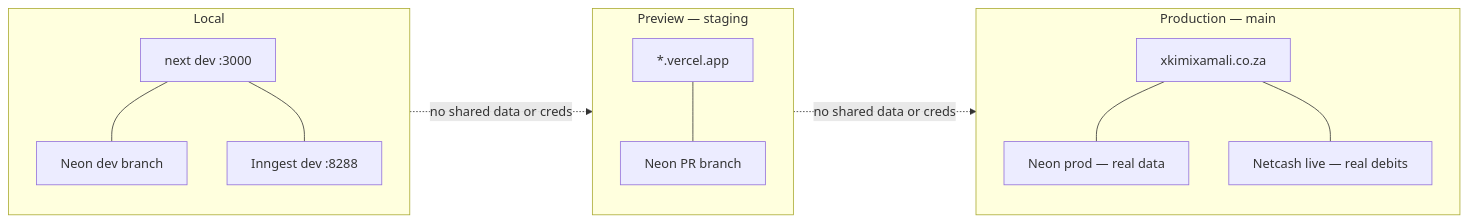
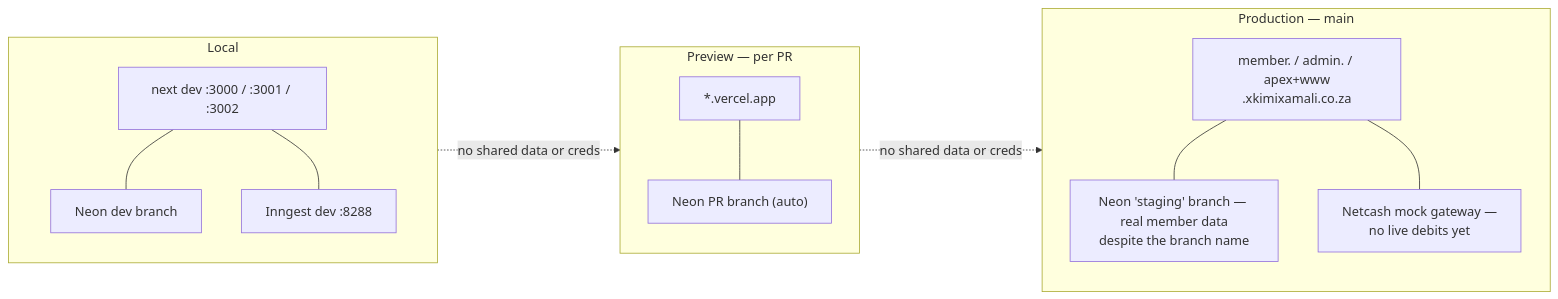
The third of 3 diagrams in docs/architecture/04-infrastructure-deployment.md (KSDRILL-SA/Xkimi-Xa-Mali), drawn with Mermaid before and after one commit. The commit also changed other lines of this file and 6 other files, not shown here.

First line of the commit message:
docs: bring architecture docs current with the real 3-app stack (#437)

````diff
--- a/docs/architecture/04-infrastructure-deployment.md
+++ b/docs/architecture/04-infrastructure-deployment.md
@@ -78,15 +105,15 @@
 ```mermaid
 flowchart LR
     subgraph L["Local"]
-        LA["next dev :3000"] --- LDB["Neon dev branch"]
+        LA["next dev :3000 / :3001 / :3002"] --- LDB["Neon dev branch"]
         LA --- LIN["Inngest dev :8288"]
     end
-    subgraph P["Preview — staging"]
-        PA["*.vercel.app"] --- PDB["Neon PR branch"]
+    subgraph P["Preview — per PR"]
+        PA["*.vercel.app"] --- PDB["Neon PR branch (auto)"]
     end
     subgraph PR["Production — main"]
-        PRA["xkimixamali.co.za"] --- PRDB["Neon prod — real data"]
-        PRA --- PRNC["Netcash live — real debits"]
+        PRA["member. / admin. / apex+www<br/>.xkimixamali.co.za"] --- PRDB["Neon 'staging' branch — real member data<br/>despite the branch name"]
+        PRA --- PRNC["Netcash mock gateway —<br/>no live debits yet"]
     end
     L -.->|no shared data or creds| P -.->|no shared data or creds| PR
 ```
````
